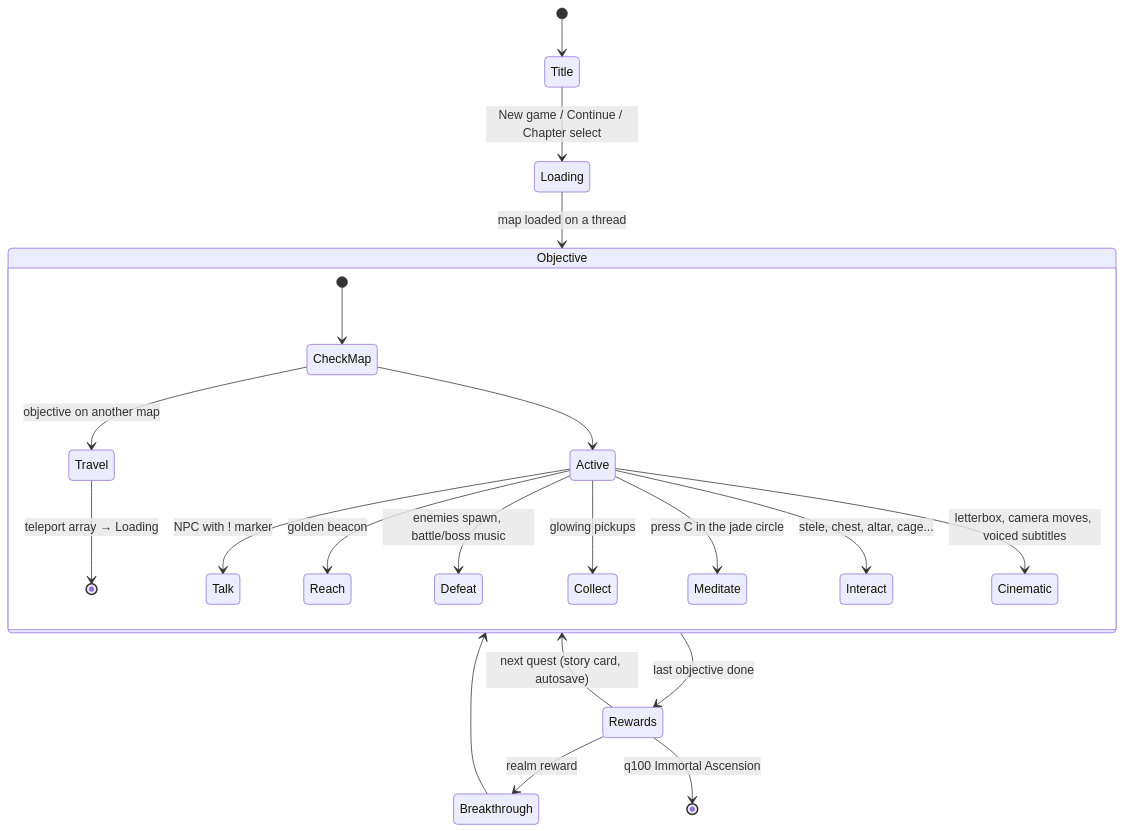
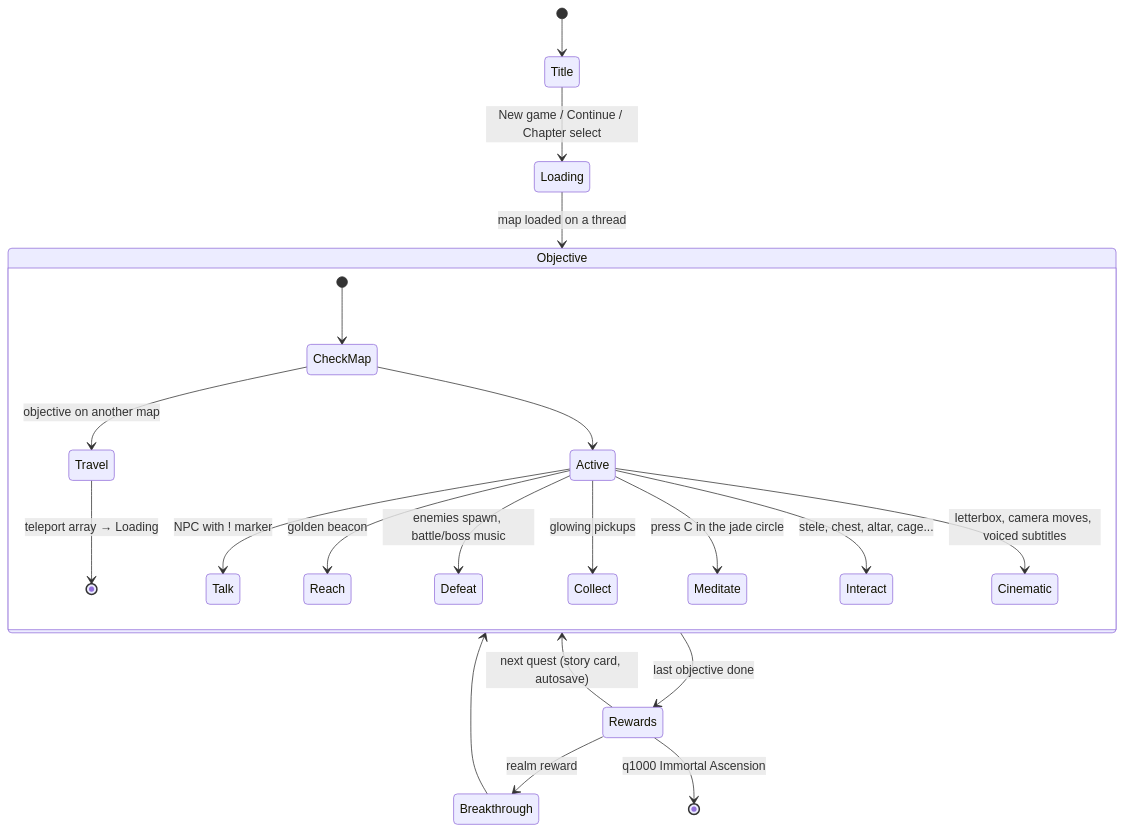
One commit to jgyy/vnxianxia changed the third of 3 diagrams in README.md. Above: the diagram before and after it, drawn with Mermaid. The commit also changed other lines of this file and 2 other files, not shown here.

````diff
--- a/README.md
+++ b/README.md
@@ -117,24 +119,24 @@
 ```mermaid
 stateDiagram-v2
     [*] --> Title
     Title --> Loading: New game / Continue / Chapter select
     Loading --> Objective: map loaded on a thread
     state Objective {
         [*] --> CheckMap
         CheckMap --> Travel: objective on another map
         Travel --> [*]: teleport array → Loading
         CheckMap --> Active
         Active --> Talk: NPC with ! marker
         Active --> Reach: golden beacon
         Active --> Defeat: enemies spawn, battle/boss music
         Active --> Collect: glowing pickups
         Active --> Meditate: press C in the jade circle
         Active --> Interact: stele, chest, altar, cage...
         Active --> Cinematic: letterbox, camera moves, voiced subtitles
     }
     Objective --> Rewards: last objective done
     Rewards --> Objective: next quest (story card, autosave)
     Rewards --> Breakthrough: realm reward
     Breakthrough --> Objective
-    Rewards --> [*]: q100 Immortal Ascension
+    Rewards --> [*]: q1000 Immortal Ascension
 ```
````
